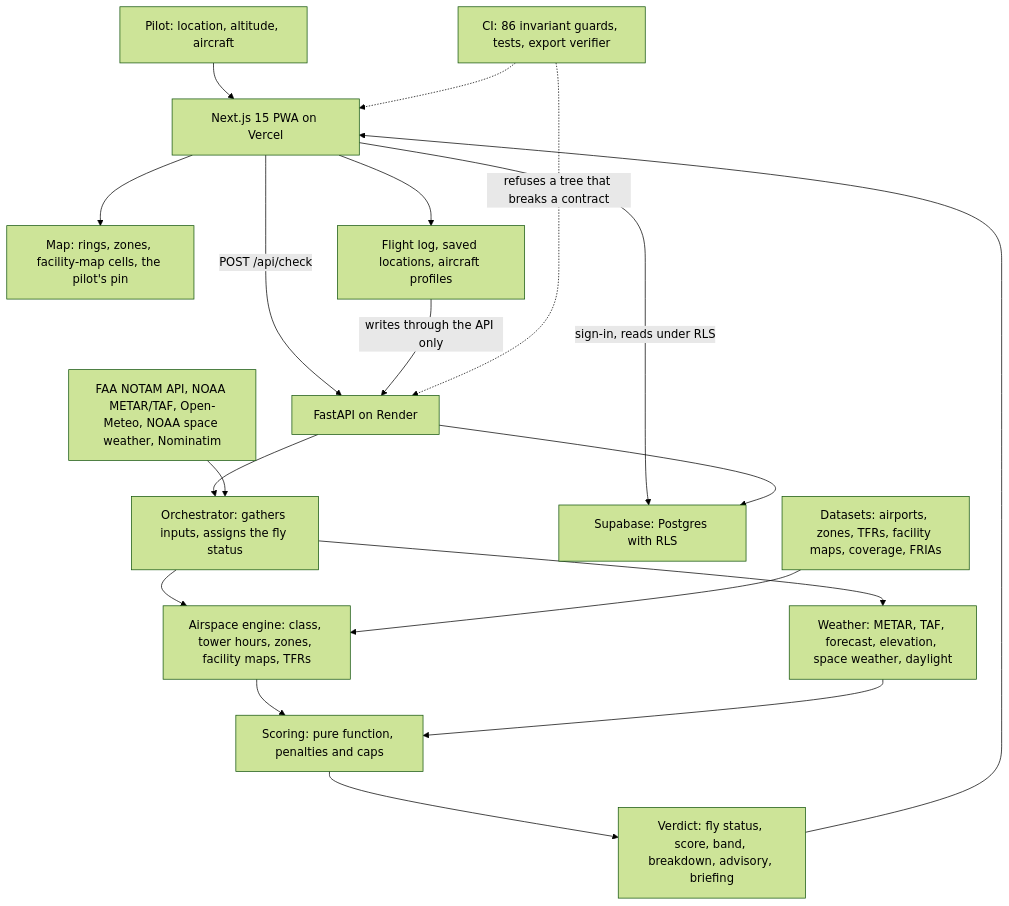
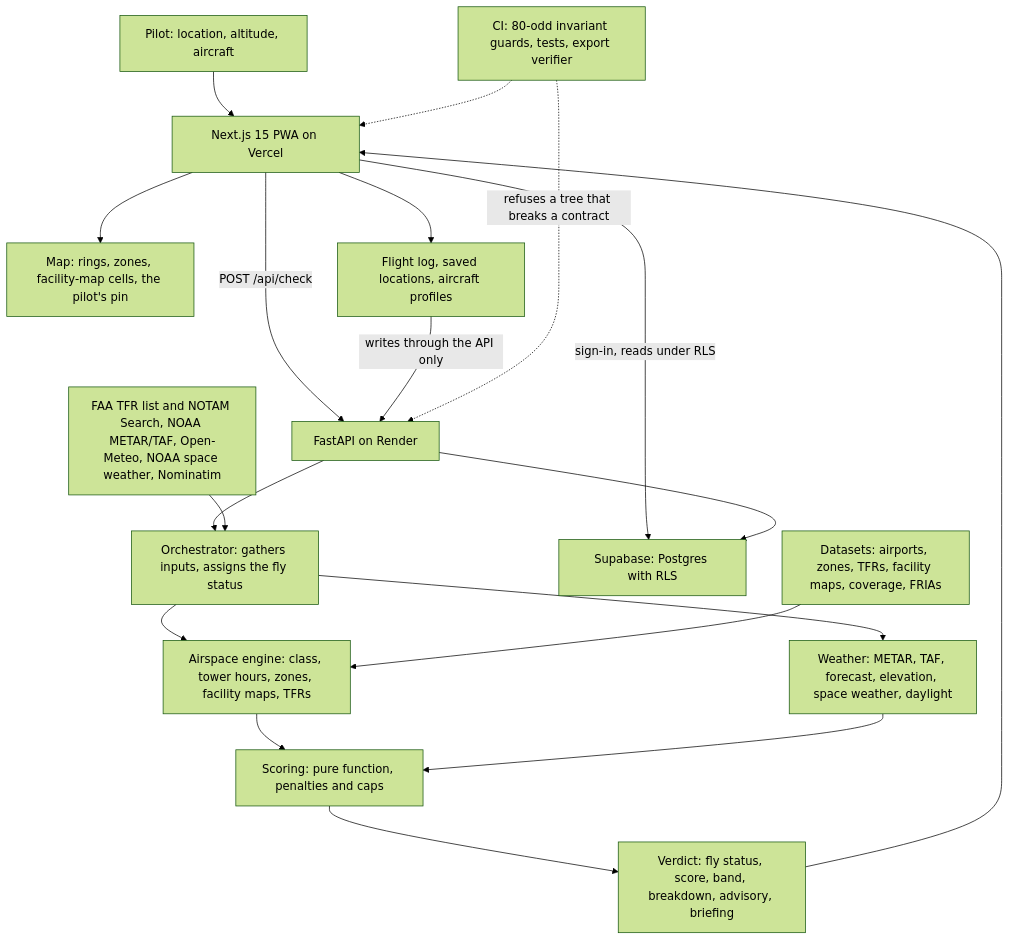
Before and after one commit to jha-ayush/uas-skycheck-architecture: the diagram in README.md, drawn with Mermaid (forest theme). The commit also changed other lines of this file, not shown here.

First line of the commit message:
Bring the README in line with the tree at 6edd57e4: thirteen statuses, the TFR feeds, the METAR station, American English

````diff
--- a/README.md
+++ b/README.md
@@ -79,21 +79,21 @@
 ```mermaid
 flowchart TD
     P["Pilot: location, altitude, aircraft"] --> FE["Next.js 15 PWA on Vercel"]
     FE -->|"POST /api/check"| API["FastAPI on Render"]
     API --> ORC["Orchestrator: gathers inputs, assigns the fly status"]
     ORC --> GEO["Airspace engine: class, tower hours, zones, facility maps, TFRs"]
     ORC --> WX["Weather: METAR, TAF, forecast, elevation, space weather, daylight"]
     GEO --> SC["Scoring: pure function, penalties and caps"]
     WX --> SC
     SC --> RESP["Verdict: fly status, score, band, breakdown, advisory, briefing"]
     RESP --> FE
     FE --> MAP["Map: rings, zones, facility-map cells, the pilot's pin"]
     FE --> LOG["Flight log, saved locations, aircraft profiles"]
     LOG -->|"writes through the API only"| API
     FE -->|"sign-in, reads under RLS"| SB["Supabase: Postgres with RLS"]
     API --> SB
     DS["Datasets: airports, zones, TFRs, facility maps, coverage, FRIAs"] --> GEO
-    EXT["FAA NOTAM API, NOAA METAR/TAF, Open-Meteo, NOAA space weather, Nominatim"] --> ORC
-    CI["CI: 86 invariant guards, tests, export verifier"] -.->|"refuses a tree that breaks a contract"| API
+    EXT["FAA TFR list and NOTAM Search, NOAA METAR/TAF, Open-Meteo, NOAA space weather, Nominatim"] --> ORC
+    CI["CI: 80-odd invariant guards, tests, export verifier"] -.->|"refuses a tree that breaks a contract"| API
     CI -.-> FE
 ```
````
